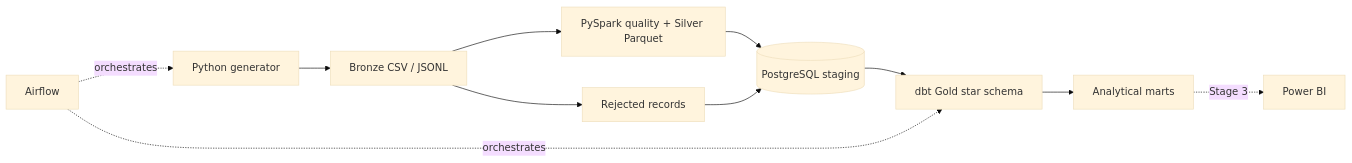
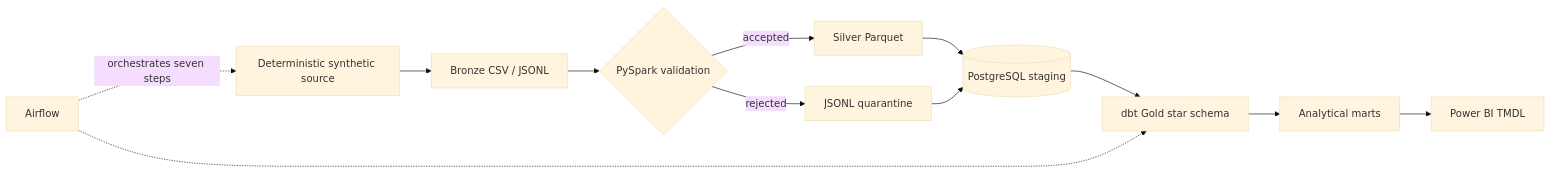
The diagram in README.md (YevhenKoval01/Real-Estate-Rental-Database), drawn with Mermaid (base theme) before and after one commit. The commit also changed other lines of this file and 51 other files, not shown here.

````diff
--- a/README.md
+++ b/README.md
@@ -9,13 +11,14 @@
 ```mermaid
 flowchart LR
-    G[Python generator] --> B[Bronze CSV / JSONL]
-    B --> S[PySpark quality + Silver Parquet]
-    B --> R[Rejected records]
+    SRC[Deterministic synthetic source] --> B[Bronze CSV / JSONL]
+    B --> Q{PySpark validation}
+    Q -->|accepted| S[Silver Parquet]
+    Q -->|rejected| R[JSONL quarantine]
     S --> PG[(PostgreSQL staging)]
     R --> PG
-    PG --> D[dbt Gold star schema]
-    D --> M[Analytical marts]
-    A[Airflow] -. orchestrates .-> G
-    A -. orchestrates .-> D
-    M -. Stage 3 .-> BI[Power BI]
+    PG --> DBT[dbt Gold star schema]
+    DBT --> MARTS[Analytical marts]
+    MARTS --> BI[Power BI TMDL]
+    AF[Airflow] -. orchestrates seven steps .-> SRC
+    AF -.-> DBT
 ```
````
